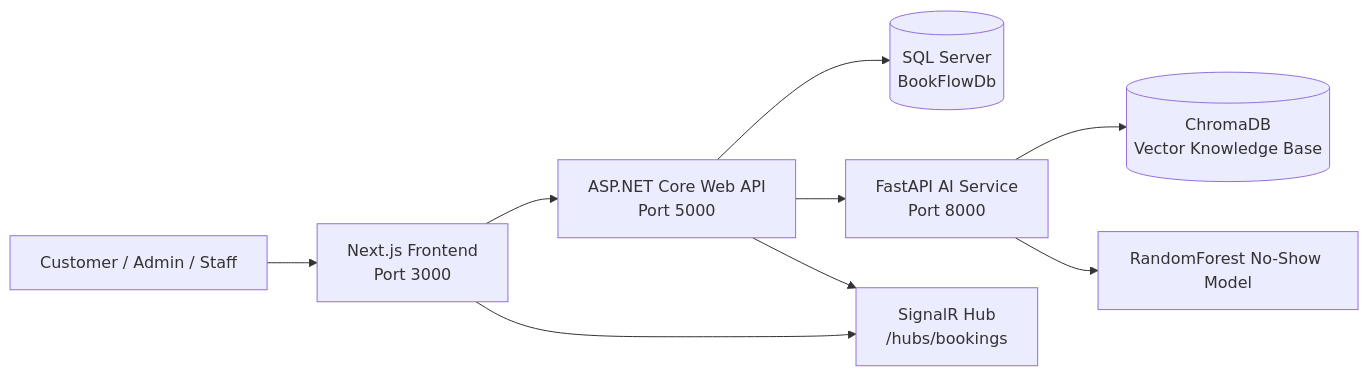
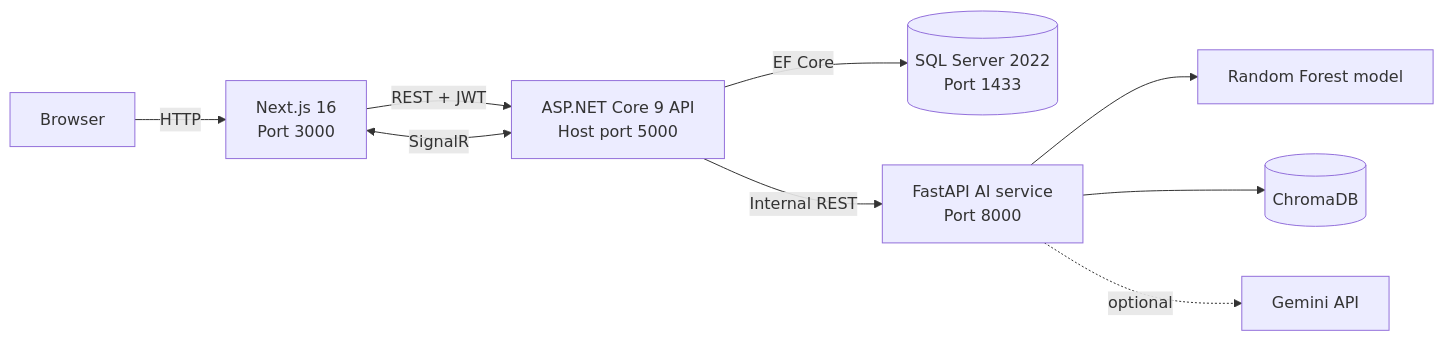
The diagram in README.md (AhmedFayed123/BookFlowAI), drawn with Mermaid before and after one commit. The commit also changed other lines of this file and 11 other files, not shown here.

````diff
--- a/README.md
+++ b/README.md
@@ -124,11 +27,11 @@
 ```mermaid
 flowchart LR
-    User[Customer / Admin / Staff] --> FE[Next.js Frontend\nPort 3000]
-    FE --> API[ASP.NET Core Web API\nPort 5000]
-    API --> DB[(SQL Server\nBookFlowDb)]
-    API --> AI[FastAPI AI Service\nPort 8000]
-    AI --> RAG[(ChromaDB\nVector Knowledge Base)]
-    AI --> ML[RandomForest No-Show Model]
-    API --> HUB[SignalR Hub\n/hubs/bookings]
-    FE --> HUB
+    Browser[Browser] -->|HTTP| Frontend[Next.js 16<br/>Port 3000]
+    Frontend -->|REST + JWT| API[ASP.NET Core 9 API<br/>Host port 5000]
+    Frontend <-->|SignalR| API
+    API -->|EF Core| SQL[(SQL Server 2022<br/>Port 1433)]
+    API -->|Internal REST| AI[FastAPI AI service<br/>Port 8000]
+    AI --> ML[Random Forest model]
+    AI --> Chroma[(ChromaDB)]
+    AI -. optional .-> Gemini[Gemini API]
 ```
````
